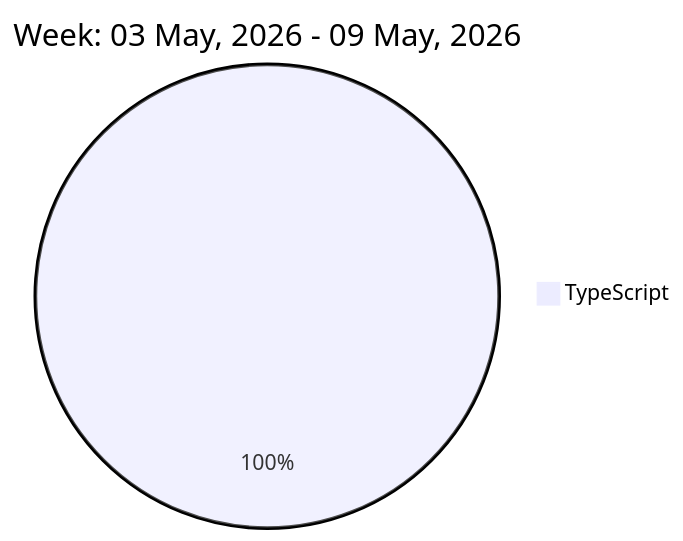
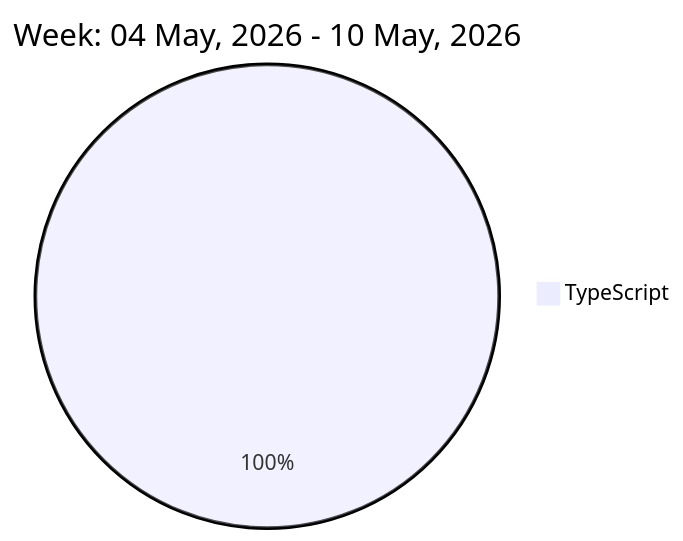
One commit to liubin95/liubin95 changed the diagram in README.md. Above: the diagram before and after it, drawn with Mermaid.

Commit message:
Updated the Graph with new Metrics

````diff
--- a/README.md
+++ b/README.md
@@ -32,5 +32,5 @@
 ```mermaid
  pie
-title Week: 03 May, 2026 - 09 May, 2026
+title Week: 04 May, 2026 - 10 May, 2026
  "TypeScript" : 9.78
 ```
````
